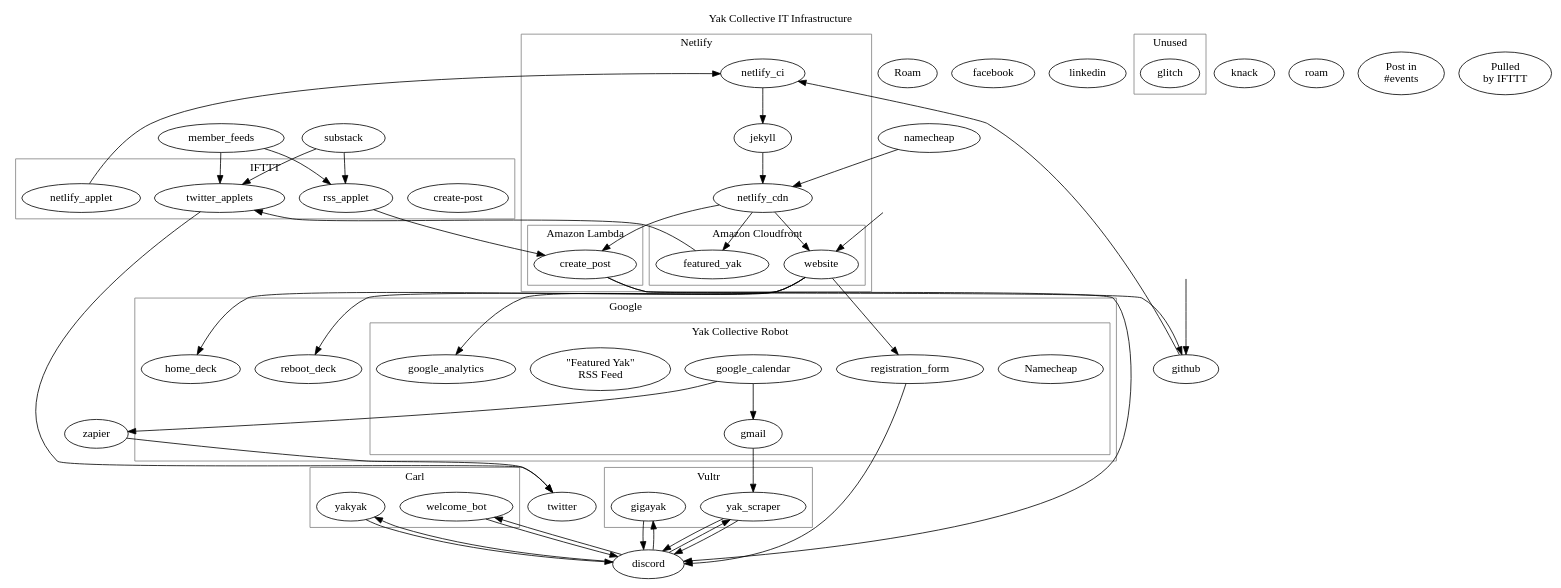
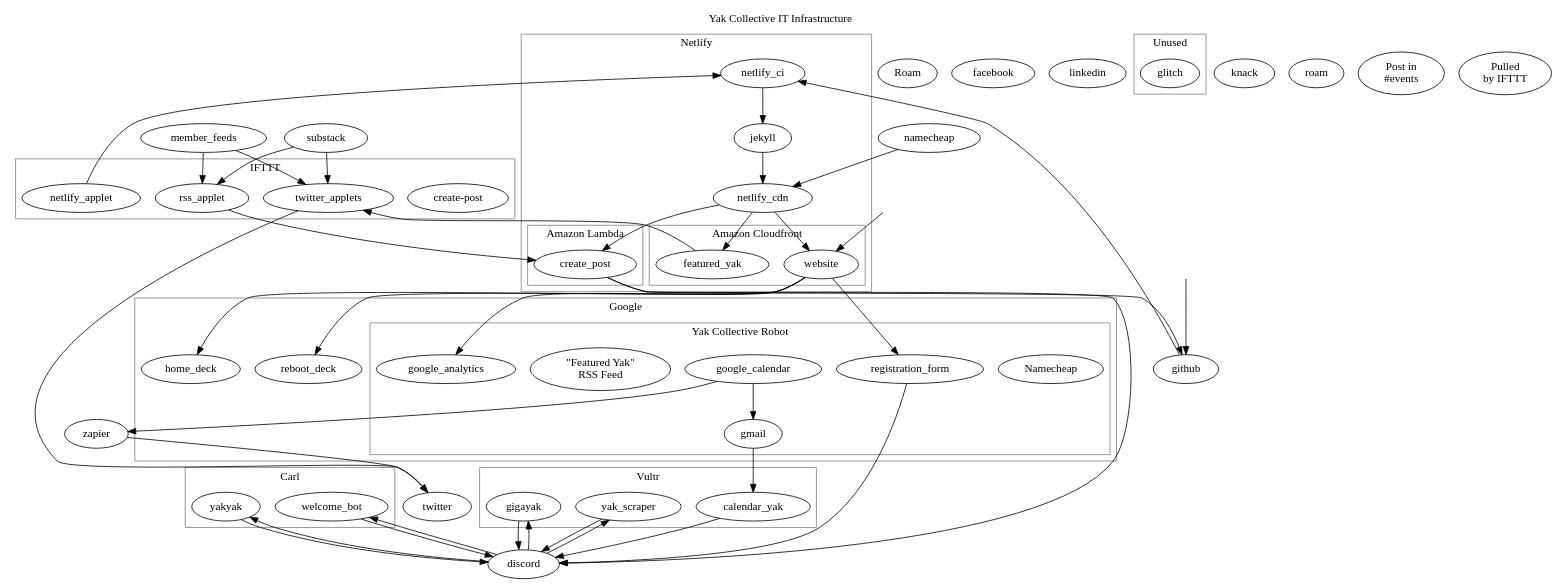
Before and after one commit to tilnow/docjs: the diagram in infrastructure.dot, drawn with Graphviz.

Commit message:
Actually, the Calendar Yak is its own thing

```diff
--- a/infrastructure.dot
+++ b/infrastructure.dot
@@ -1,177 +1,178 @@
 # A dot file which includes all (known) Yak Collective IT
 # infrastructure.
 #
 # Unlike standard Graphviz dot, we define some macros (in `macros.sed`)
 # that need to be replaced pre-render. You should familiarize yourself
 # with that file before editing this one.
 
 digraph yak_infrastructure {
 	labelloc = "t";
 	label = "Yak Collective IT Infrastructure";
 	labelURL = "https://roamresearch.com/#/app/ArtOfGig/page/6fhTlx1p_";
 
 	# Components
 	#
 	subgraph cluster_google {
 		labelloc = "t";
 		label = "Google";
 		color = "gray";
 
 		subgraph cluster_robot {
 			labelloc = "t";
 			label = "Yak Collective Robot";
 			labelURL = "https://roamresearch.com/#/app/ArtOfGig/page/bRd-QWJA0";
 			color = "gray";
 
 			gmail INTERNAL_SERVICE [label = "Gmail"] [URL = "https://roamresearch.com/#/app/ArtOfGig/page/bRd-QWJA0"];
 			google_analytics INTERNAL_SERVICE [label = "Google\nAnalytics"] [URL = "https://roamresearch.com/#/app/ArtOfGig/page/gkim0kNQ8"];
 			google_calendar STATIC_DATA [label = "Google\nCalendar"] [URL = "https://roamresearch.com/#/app/ArtOfGig/page/5JAKKBvdi"];
 			registration_form STATIC_DATA [label = "Registration\nForm"] [URL = "https://roamresearch.com/#/app/ArtOfGig/page/oG9FwDcRH"];
 		}
 
 		reboot_deck STATIC_DATA [label = "\"Don't Waste the\nReboot\" deck"] [URL = "https://roamresearch.com/#/app/ArtOfGig/page/s7km8fEQp"];
 		home_deck STATIC_DATA [label = "\"The New Old\nHome\" deck"] [URL = "https://roamresearch.com/#/app/ArtOfGig/page/sGxc8YzrD"];
 	}
 
 	zapier INTERNAL_SERVICE [label = "Zapier"] [URL = "https://roamresearch.com/#/app/ArtOfGig/page/WW4JidMuQ"];
 
 	subgraph cluster_vultr {
 		labelloc = "t";
 		label = "Vultr";
 		labelURL = "https://roamresearch.com/#/app/ArtOfGig/page/WpgCSZdjg";
 		color = "gray";
 
+		calendar_yak APPLET [label = "Calendar Yak"] [URL = "https://roamresearch.com/#/app/ArtOfGig/page/h8CetC_Re"];
 		yak_scraper APPLET [label = "yak_scraper"] [URL = "https://roamresearch.com/#/app/ArtOfGig/page/AaFxsbkdW"];
 		gigayak APPLET [label = "gigayak"] [URL = "https://roamresearch.com/#/app/ArtOfGig/page/_1voFfg7g"];
 	}
 
 	subgraph cluster_carl {
 		labelloc = "t";
 		label = "Carl";
 		labelURL = "https://roamresearch.com/#/app/ArtOfGig/page/wfmK-RIl1";
 		color = "gray";
 
 		welcome_bot APPLET [label = "welcome_bot"] [URL = "https://roamresearch.com/#/app/ArtOfGig/page/S_Xkw1vVi"];
 		yakyak  APPLET [label = "yakyak"] [URL = "https://roamresearch.com/#/app/ArtOfGig/page/Q1LoZ_dE4"];
 	}
 
 	discord EXTERNAL_SERVICE [label = "Discord"] [URL = "https://roamresearch.com/#/app/ArtOfGig/page/AsI1N4yGZ"];
 
 	substack EXTERNAL_SERVICE [label = "Substack"] [URL = "https://roamresearch.com/#/app/ArtOfGig/page/kMaCo6Xc-"];
 
 	member_feeds STATIC_DATA [label = "Member RSS\nFeeds"] [URL = "https://roamresearch.com/#/app/ArtOfGig/page/RLF445t5m"];
 
 	twitter EXTERNAL_SERVICE [label = "Twitter"] [URL = "https://roamresearch.com/#/app/ArtOfGig/page/ssp9sORuP"];
 	facebook EXTERNAL_SERVICE [label = "Facebook"] [URL = "https://roamresearch.com/#/app/ArtOfGig/page/WZKSWTGz5"];
 	linkedin EXTERNAL_SERVICE [label = "LinkedIn"] [URL = "https://roamresearch.com/#/app/ArtOfGig/page/M17w4lZJB"];
 
 	subgraph cluster_unused {
 		labelloc = "t";
 		label = "Unused";
 		color = "gray";
 
 		glitch INTERNAL_SERVICE [label = "Glitch"] [URL = "https://roamresearch.com/#/app/ArtOfGig/page/bTxU0ABQS"];
 	}
 
 	subgraph cluster_ifttt {
 		labelloc = "t";
 		label = "IFTTT";
 		labelURL = "https://roamresearch.com/#/app/ArtOfGig/page/1jMx-b5Fs";
 		color = "gray";
 
 		rss_applet APPLET [label = "create-post\nApplets"] [URL = "https://roamresearch.com/#/app/ArtOfGig/page/ucCeiIsih"];
 		twitter_applets APPLET [label = "Twitter\nApplets"] [URL = "https://roamresearch.com/#/app/ArtOfGig/page/j7DInC9sg"];
 		netlify_applet APPLET [label = "Netlify Build\nHook Applet"] [URL = "https://roamresearch.com/#/app/ArtOfGig/page/EWP06EjZH"];
 	}
 
 	github INTERNAL_SERVICE [label = "GitHub"] [URL = "https://roamresearch.com/#/app/ArtOfGig/page/1PVNV7Ell"];
 
 	subgraph cluster_netlify {
 		labelloc = "t";
 		label = "Netlify";
 		labelURL = "https://roamresearch.com/#/app/ArtOfGig/page/SVNduLQJn";
 		color = "gray";
 
 		netlify_ci INTERNAL_SERVICE [label = "Netlify Continuous\nIntegration"] [URL = "https://roamresearch.com/#/app/ArtOfGig/page/lfZqzDmtI"];
 		jekyll APPLET [label = "Jekyll"] [URL = "https://roamresearch.com/#/app/ArtOfGig/page/fF35dWNYl"];
 		netlify_cdn INTERNAL_SERVICE [label = "Netlify\nCDN"] [URL = "https://roamresearch.com/#/app/ArtOfGig/page/R-E2CDAe2"];
 
 		subgraph cluster_cloudfront {
 			labelloc = "t";
 			label = "Amazon Cloudfront";
 			color = "gray";
 
 			website STATIC_DATA [label = "Yak Collective\nWebsite"] [URL = "https://roamresearch.com/#/app/ArtOfGig/page/h0Wx539Oq"];
 			featured_yak STATIC_DATA [label = "\"Featured Yak\"\nRSS Feed"] [URL = "https://roamresearch.com/#/app/ArtOfGig/page/ZzuH6YDFq"];
 		}
 
 		subgraph cluster_lambda {
 			labelloc = "t";
 			label = "Amazon Lambda";
 			color = "gray";
 
 			create_post APPLET [label = "create-post"] [URL = "https://roamresearch.com/#/app/ArtOfGig/page/wDK81GyfO"];
 		}
 	}
 
 	namecheap INTERNAL_SERVICE [label = "Namecheap"] [URL = "https://roamresearch.com/#/app/ArtOfGig/page/SrB_NQUiU"];
 	knack EXTERNAL_SERVICE [label = "Knack"] [URL = "https://roamresearch.com/#/app/ArtOfGig/page/FDjmLsCeR"];
 	roam EXTERNAL_SERVICE [label = "Roam"] [URL = "https://roamresearch.com/#/app/ArtOfGig/page/FEPWC0DLJ"];
 
 	# Hidden user interaction nodes
 	#
 	visitor  [shape = plaintext] [label = ""];
 	developer  [shape = plaintext] [label = ""];
 
 	# Website data flows to Google
 	#
 	website -> google_analytics AUTO_DATA [label = "Visitor analytics"];
 	website -> {reboot_deck, home_deck} USER_DATA [label = "Google Slides / PDF"];
 
 	# Member registration flow
 	#
 	visitor -> website USER_DATA [label = "Website visitor"];
 	website -> registration_form USER_DATA [label = "Sign up form\n(minimal data)"];
 	registration_form -> discord USER_DATA [label = "Invite link"];
 	discord -> {welcome_bot, yakyak} AUTO_DATA [label = "New user\nnotification / data"];
 	welcome_bot -> discord AUTO_DATA [label = "Welcome message\nseries"];
 	yakyak -> discord AUTO_DATA [label = "Prune inactive\nusers"];
 
 	# Member interactions
 	#
 	discord -> {gigayak, yak_scraper} USER_DATA [label = "User\ncommand"];
 	{gigayak, yak_scraper} -> discord USER_DATA [label = "Requested info or\nacknowledgement"];
 
 	# Building the website
 	#
 	developer -> github USER_DATA [label = "Git commit"];
 	github -> netlify_ci AUTO_DATA [label = "Repo contents pushed\non commit"];
 	netlify_applet -> netlify_ci AUTO_DATA [label = "Trigger rebuild\nevery 24 hours"];
 	netlify_ci -> jekyll AUTO_DATA [label = "Build website"];
 	jekyll -> netlify_cdn AUTO_DATA [label = "Optimize & deploy\nwebsite files"];
 	namecheap -> netlify_cdn AUTO_DATA [label = "DNS information"];
 	netlify_cdn -> {website, featured_yak} AUTO_DATA [label = "Push to Amazon\nCloudfront"];
 	netlify_cdn -> create_post AUTO_DATA [label = "Create Amazon\nLambda function"];
 
 	# Various RSS feeds to the website/Discord
 	#
 	{member_feeds, substack} -> rss_applet USER_DATA [label = "Pulled\nby IFTTT"];
 	rss_applet -> create_post AUTO_DATA [label = "RSS post data\nto webhook"];
 	create_post -> github AUTO_DATA [label = "Commit new\nmember post"];
 	create_post -> discord AUTO_DATA [label = "Post in\n#yaktalk-content"];
 
 	# Various RSS feeds to Twitter/Discord
 	#
 	{member_feeds, substack} -> twitter_applets USER_DATA [label = "Pulled\nby IFTTT"];
 	featured_yak -> twitter_applets AUTO_DATA [label = "Pulled\nby IFTTT"];
 	twitter_applets -> twitter AUTO_DATA [label = "Tweet about\nnew content"];
 
 	# Google Calendar  ->  Twitter/Discord
 	#
 	google_calendar -> zapier AUTO_DATA [label = "Pulled by\nZapier"];
 	zapier -> twitter AUTO_DATA [label = "Tweet about\nnew content"];
 
 	google_calendar -> gmail AUTO_DATA [label = "Notification and\nagenda emails"];
-	gmail -> yak_scraper AUTO_DATA [label = "Gmail\nAPI"];
-	yak_scraper -> discord AUTO_DATA [label = "Post in\n#events"];
+	gmail -> calendar_yak AUTO_DATA [label = "Gmail\nAPI"];
+	calendar_yak -> discord AUTO_DATA [label = "Post in\n#events"];
 }
```
